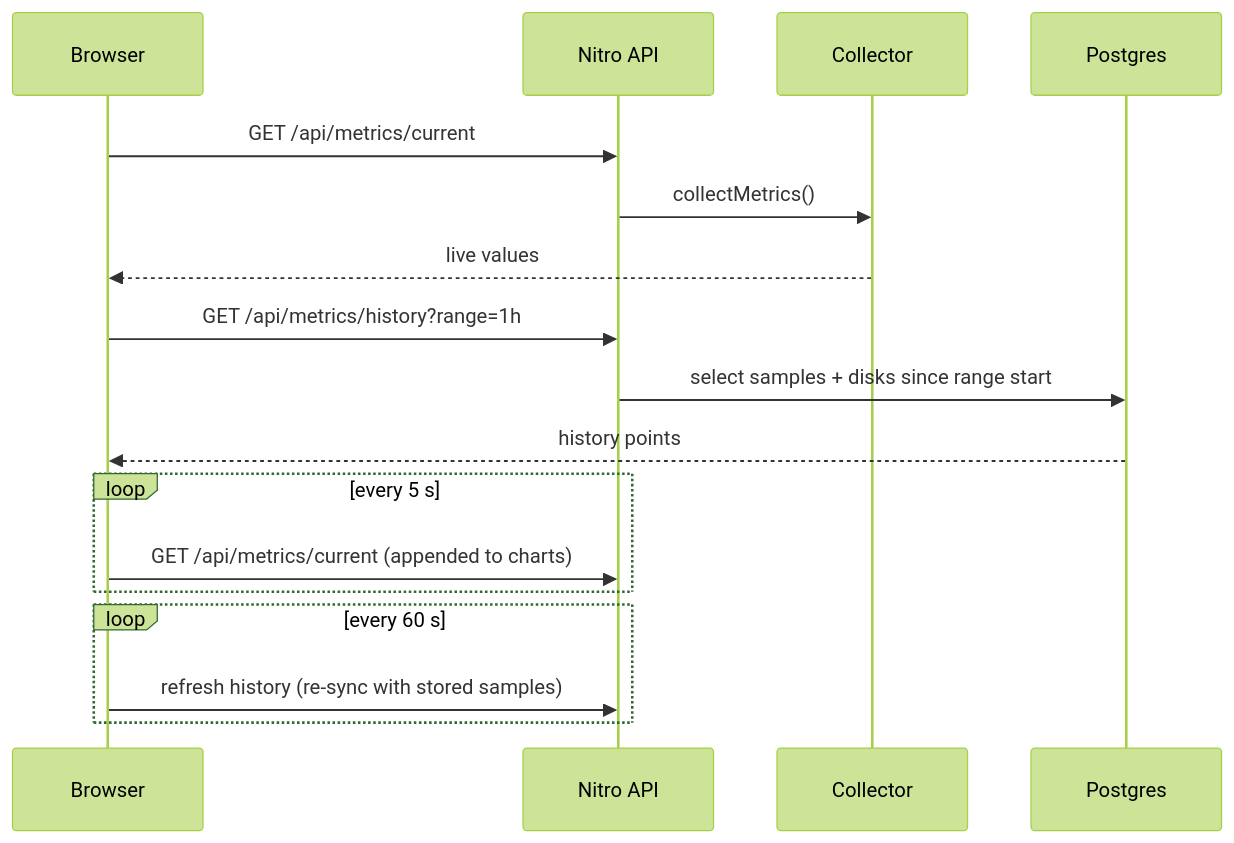
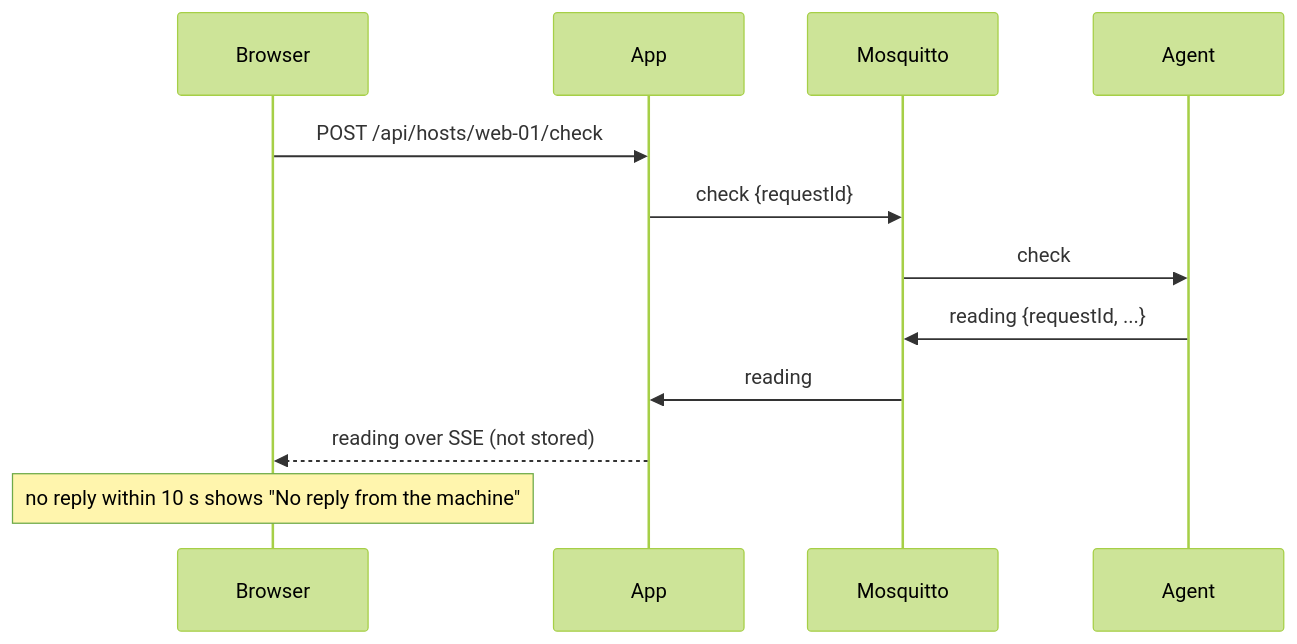
One commit to TryYourIdeas/get-server-metrics changed the second of 2 diagrams in docs/user-guides/manual.md. Above: the diagram before and after it, drawn with Mermaid (forest theme). The commit also changed other lines of this file and 4 other files, not shown here.

````diff
--- a/docs/user-guides/manual.md
+++ b/docs/user-guides/manual.md
@@ -58,19 +76,14 @@
 ```mermaid
 sequenceDiagram
   participant B as Browser
-  participant API as Nitro API
-  participant C as Collector
-  participant DB as Postgres
-  B->>API: GET /api/metrics/current
-  API->>C: collectMetrics()
-  C-->>B: live values
-  B->>API: GET /api/metrics/history?range=1h
-  API->>DB: select samples + disks since range start
-  DB-->>B: history points
-  loop every 5 s
-    B->>API: GET /api/metrics/current (appended to charts)
-  end
-  loop every 60 s
-    B->>API: refresh history (re-sync with stored samples)
-  end
+  participant S as App
+  participant M as Mosquitto
+  participant A as Agent
+  B->>S: POST /api/hosts/web-01/check
+  S->>M: check {requestId}
+  M->>A: check
+  A->>M: reading {requestId, ...}
+  M->>S: reading
+  S-->>B: reading over SSE (not stored)
+  Note over B: no reply within 10 s shows "No reply from the machine"
 ```
````
